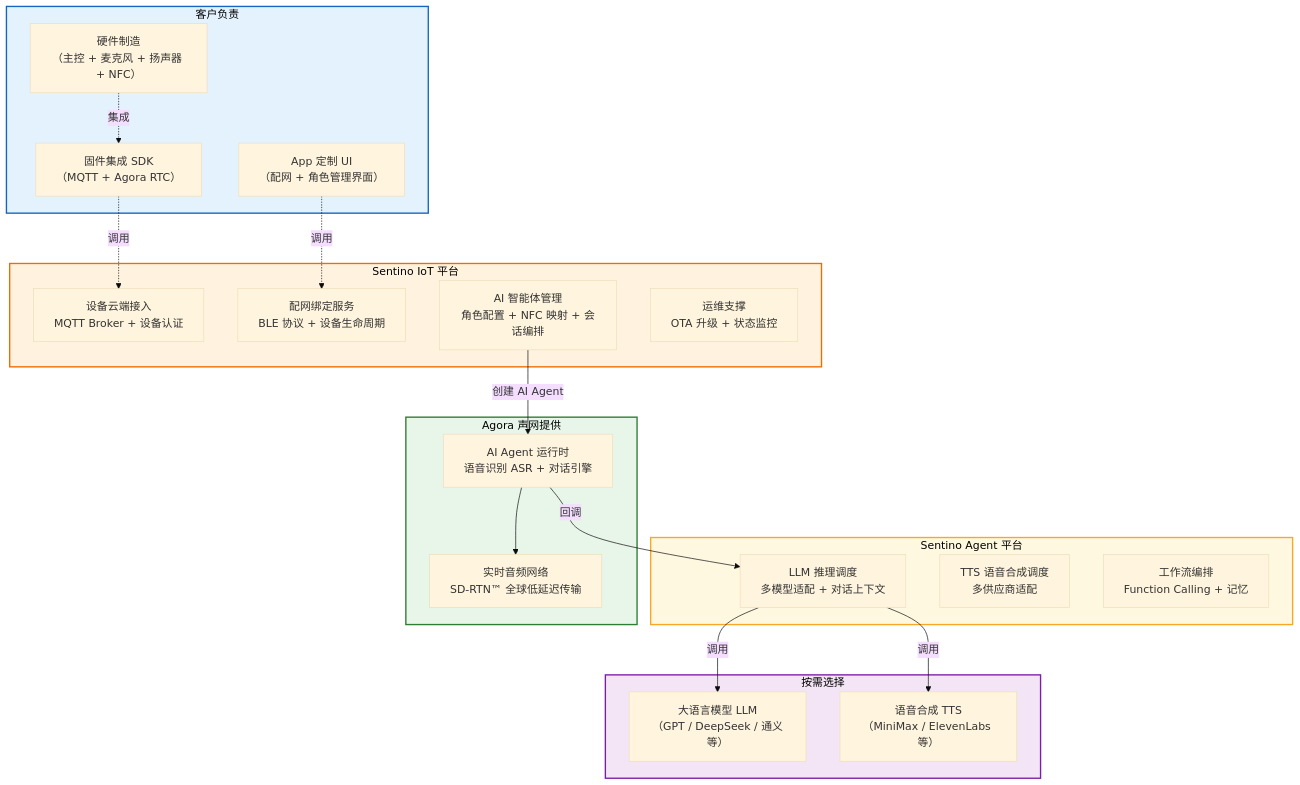
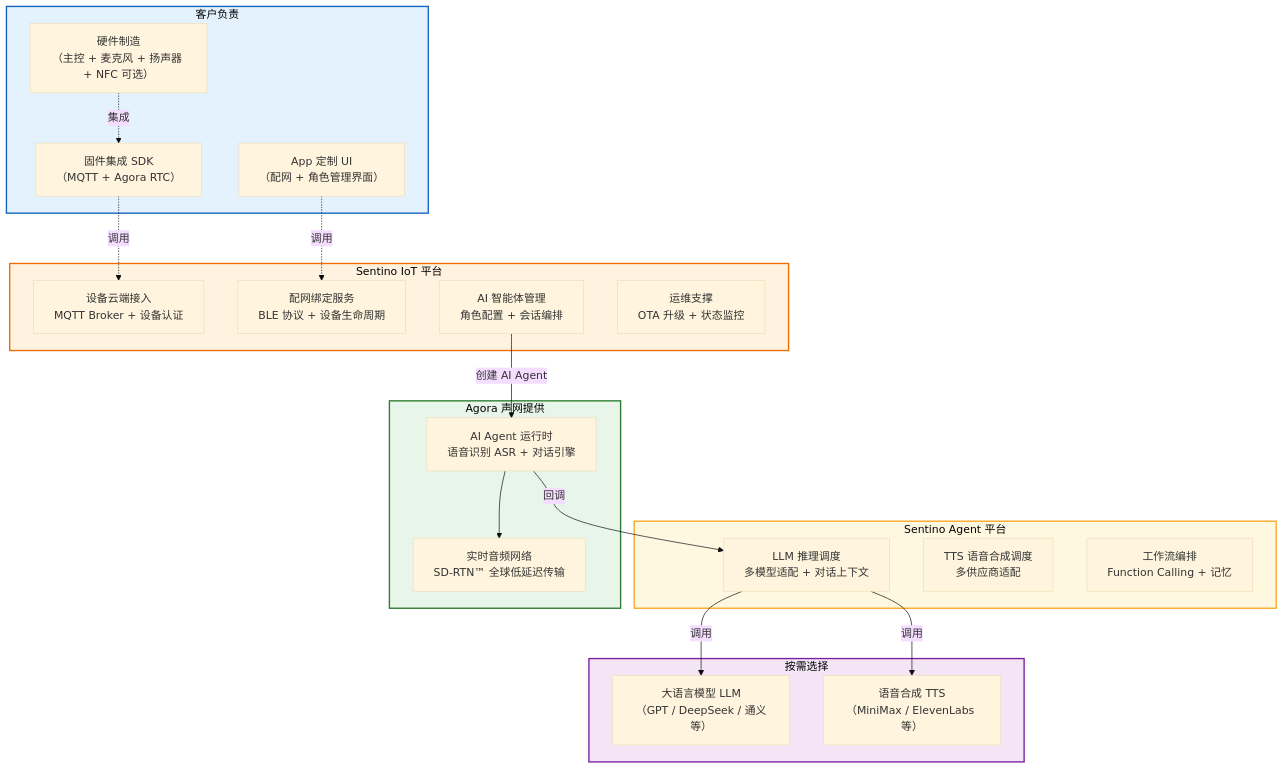
One commit to sentino-jp/iot-docs changed the first of 3 diagrams in architecture-overview.md. Above: the diagram before and after it, drawn with Mermaid (base theme). The commit also changed other lines of this file and 6 other files, not shown here.

````diff
--- a/architecture-overview.md
+++ b/architecture-overview.md
@@ -22,46 +22,46 @@
 ```mermaid
 graph TB
     subgraph Customer["客户负责"]
-        C1["硬件制造<br/>（主控 + 麦克风 + 扬声器 + NFC）"]
+        C1["硬件制造<br/>（主控 + 麦克风 + 扬声器 + NFC 可选）"]
         C2["固件集成 SDK<br/>（MQTT + Agora RTC）"]
         C3["App 定制 UI<br/>（配网 + 角色管理界面）"]
     end
 
     subgraph SentinoIoT["Sentino IoT 平台"]
         S1["设备云端接入<br/>MQTT Broker + 设备认证"]
         S2["配网绑定服务<br/>BLE 协议 + 设备生命周期"]
-        S3["AI 智能体管理<br/>角色配置 + NFC 映射 + 会话编排"]
+        S3["AI 智能体管理<br/>角色配置 + 会话编排"]
         S4["运维支撑<br/>OTA 升级 + 状态监控"]
     end
 
     subgraph SentinoAgent["Sentino Agent 平台"]
         S5["LLM 推理调度<br/>多模型适配 + 对话上下文"]
         S6["TTS 语音合成调度<br/>多供应商适配"]
         S7["工作流编排<br/>Function Calling + 记忆"]
     end
 
     subgraph Agora["Agora 声网提供"]
         A1["实时音频网络<br/>SD-RTN™ 全球低延迟传输"]
         A2["AI Agent 运行时<br/>语音识别 ASR + 对话引擎"]
     end
 
     subgraph External["按需选择"]
         E1["大语言模型 LLM<br/>（GPT / DeepSeek / 通义等）"]
         E2["语音合成 TTS<br/>（MiniMax / ElevenLabs 等）"]
     end
 
     C1 -.->|"集成"| C2
     C2 -.->|"调用"| S1
     C3 -.->|"调用"| S2
     S3 -->|"创建 AI Agent"| A2
     A2 --> A1
     A2 -->|"回调"| S5
     S5 -->|"调用"| E1
     S5 -->|"调用"| E2
 
     style Customer fill:#E3F2FD,stroke:#1565C0,stroke-width:2px,color:#000
     style SentinoIoT fill:#FFF3E0,stroke:#EF6C00,stroke-width:2px,color:#000
     style SentinoAgent fill:#FFF8E1,stroke:#F9A825,stroke-width:2px,color:#000
     style Agora fill:#E8F5E9,stroke:#2E7D32,stroke-width:2px,color:#000
     style External fill:#F3E5F5,stroke:#7B1FA2,stroke-width:2px,color:#000
 ```
````
